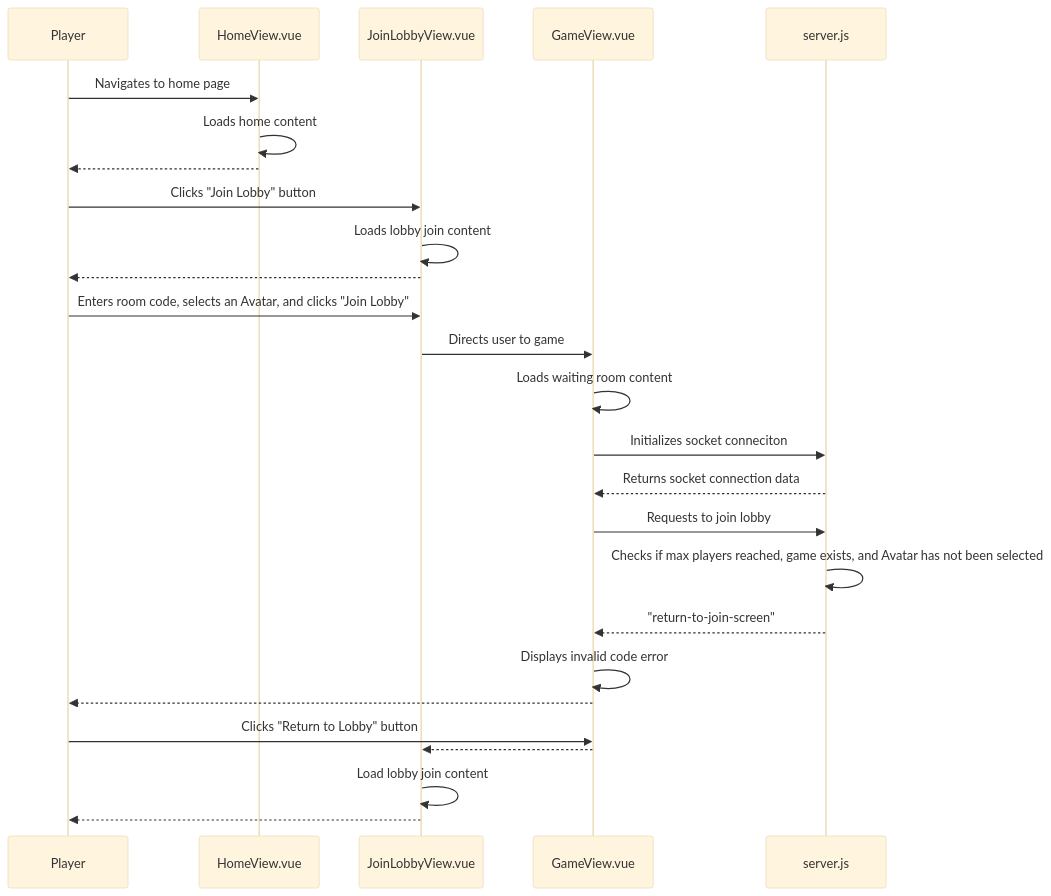
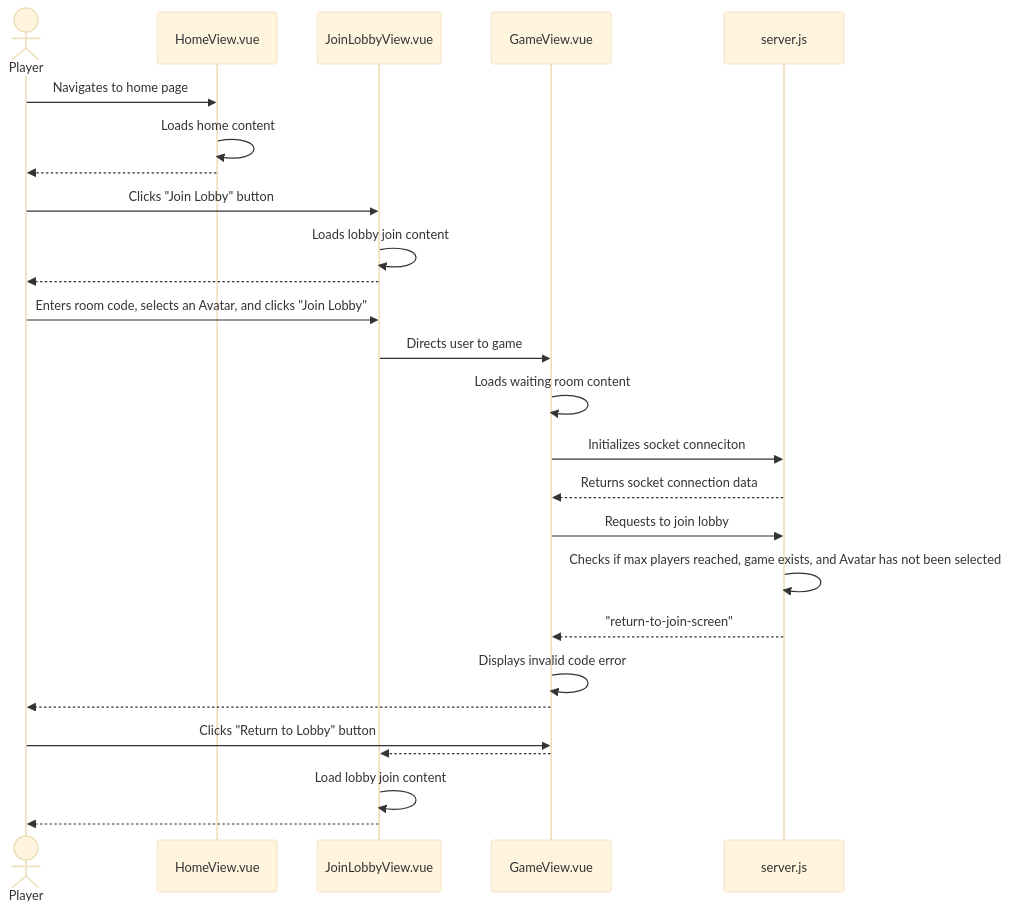
One commit to Capstone-Projects-2025-Spring/project-aac-game-team-a changed the tenth of 31 diagrams in documentation/docs/system-architecture/design.md. Above: the diagram before and after it, drawn with Mermaid (base theme). The commit also changed other lines of this file, not shown here.

````diff
--- a/documentation/docs/system-architecture/design.md
+++ b/documentation/docs/system-architecture/design.md
@@ -639,29 +639,29 @@
 ```mermaid
 sequenceDiagram
-    participant Player
+    actor Player
     participant HomeView.vue
     participant JoinLobbyView.vue
     participant GameView.vue
     participant server.js
 
     Player->>HomeView.vue: Navigates to home page
     HomeView.vue->>HomeView.vue: Loads home content
     HomeView.vue-->>Player: 
     Player->>JoinLobbyView.vue: Clicks "Join Lobby" button
     JoinLobbyView.vue->>JoinLobbyView.vue: Loads lobby join content
     JoinLobbyView.vue-->>Player: 
     Player->>JoinLobbyView.vue: Enters room code, selects an Avatar, and clicks "Join Lobby"
     JoinLobbyView.vue->>GameView.vue: Directs user to game
     GameView.vue->>GameView.vue: Loads waiting room content
     GameView.vue->>server.js: Initializes socket conneciton
     server.js-->>GameView.vue: Returns socket connection data
     GameView.vue->>server.js: Requests to join lobby
     server.js->>server.js: Checks if max players reached, game exists, and Avatar has not been selected
     server.js-->>GameView.vue: "return-to-join-screen"
     GameView.vue->>GameView.vue: Displays invalid code error
     GameView.vue-->>Player: 
     Player->>GameView.vue: Clicks "Return to Lobby" button
     GameView.vue-->>JoinLobbyView.vue: 
     JoinLobbyView.vue->>JoinLobbyView.vue: Load lobby join content
     JoinLobbyView.vue-->>Player: 
 ```
````
